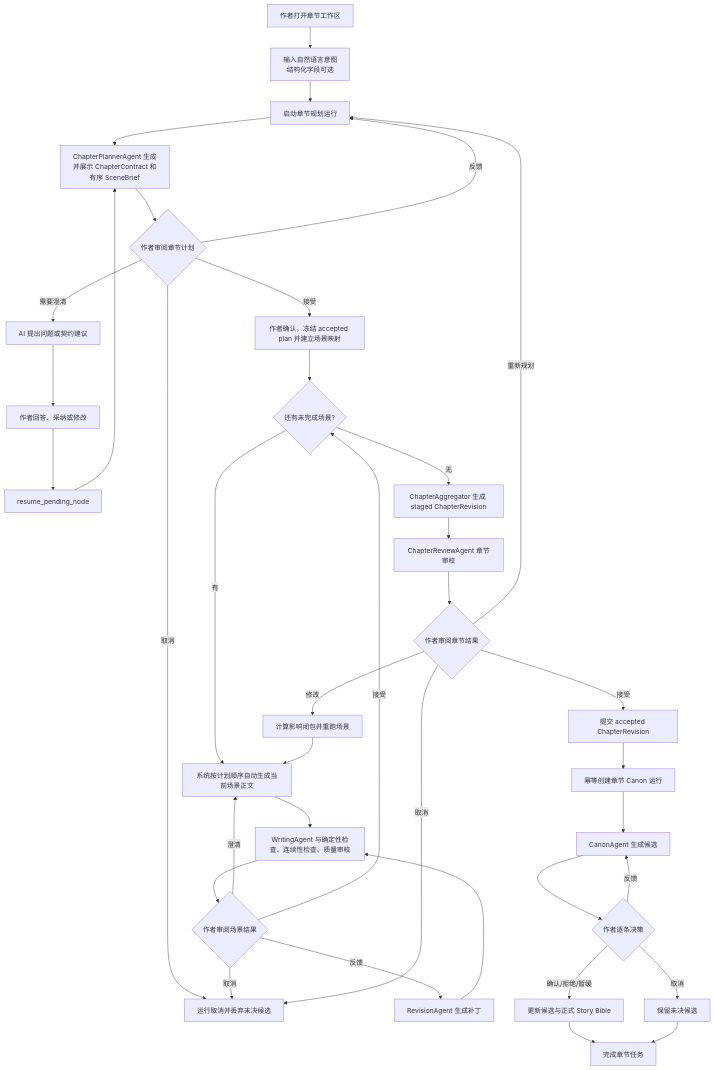
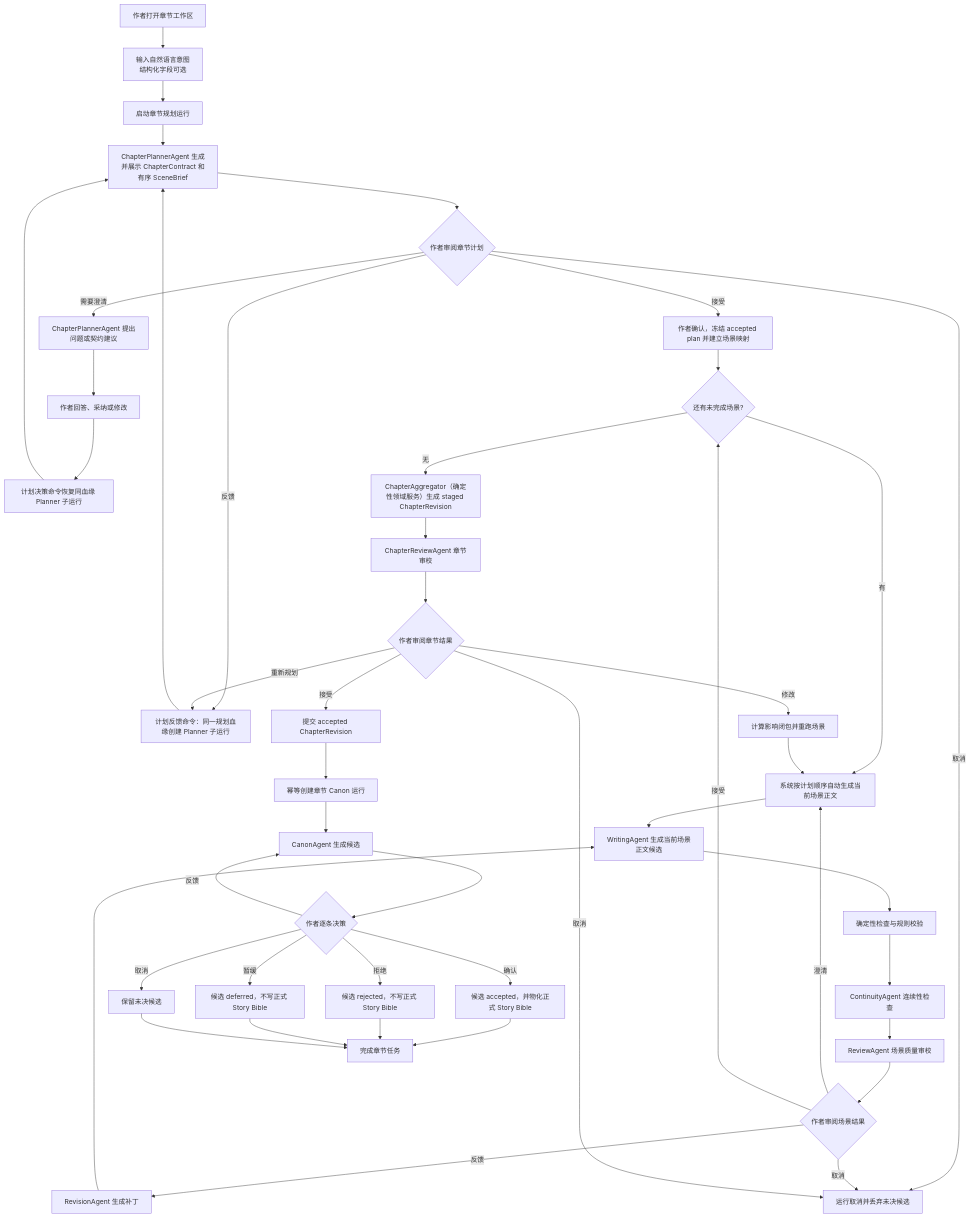
The diagram in docs/superpowers/specs/2026-08-05-chapter-workbench-v2-design.md (Alex-eng-ux/vible-writing-new), drawn with Mermaid before and after one commit. The commit also changed other lines of this file and 103 other files, not shown here.

```diff
--- a/docs/superpowers/specs/2026-08-05-chapter-workbench-v2-design.md
+++ b/docs/superpowers/specs/2026-08-05-chapter-workbench-v2-design.md
@@ -84,42 +145,50 @@
 ~~~mermaid
 flowchart TD
     A[作者打开章节工作区] --> B[输入自然语言意图<br/>结构化字段可选]
     B --> C[启动章节规划运行]
     C --> D[ChapterPlannerAgent 生成并展示 ChapterContract 和有序 SceneBrief]
     D --> E{作者审阅章节计划}
-    E -->|反馈| C
-    E -->|需要澄清| E1[AI 提出问题或契约建议]
+    E -->|反馈| C1[计划反馈命令：同一规划血缘创建 Planner 子运行]
+    C1 --> D
+    E -->|需要澄清| E1[ChapterPlannerAgent 提出问题或契约建议]
     E1 --> E2[作者回答、采纳或修改]
-    E2 --> E3[resume_pending_node]
+    E2 --> E3[计划决策命令恢复同血缘 Planner 子运行]
     E3 --> D
     E -->|取消| X[运行取消并丢弃未决候选]
     E -->|接受| F[作者确认，冻结 accepted plan 并建立场景映射]
 
     F --> G{还有未完成场景?}
     G -->|有| H[系统按计划顺序自动生成当前场景正文]
-    H --> I[WritingAgent 与确定性检查、连续性检查、质量审校]
-    I --> J{作者审阅场景结果}
+    H --> I[WritingAgent 生成当前场景正文候选]
+    I --> I1[确定性检查与规则校验]
+    I1 --> I2[ContinuityAgent 连续性检查]
+    I2 --> I3[ReviewAgent 场景质量审校]
+    I3 --> J{作者审阅场景结果}
     J -->|反馈| K[RevisionAgent 生成补丁]
     K --> I
     J -->|澄清| H
     J -->|取消| X
     J -->|接受| G
 
-    G -->|无| L[ChapterAggregator 生成 staged ChapterRevision]
+    G -->|无| L[ChapterAggregator（确定性领域服务）生成 staged ChapterRevision]
     L --> M[ChapterReviewAgent 章节审校]
     M --> N{作者审阅章节结果}
     N -->|修改| O[计算影响闭包并重跑场景]
     O --> H
-    N -->|重新规划| C
+    N -->|重新规划| C1
     N -->|取消| X
     N -->|接受| P[提交 accepted ChapterRevision]
 
     P --> Q[幂等创建章节 Canon 运行]
     Q --> R[CanonAgent 生成候选]
     R --> S{作者逐条决策}
     S -->|反馈| R
-    S -->|确认/拒绝/暂缓| T[更新候选与正式 Story Bible]
+    S -->|确认| T1[候选 accepted，并物化正式 Story Bible]
+    S -->|拒绝| T2[候选 rejected，不写正式 Story Bible]
+    S -->|暂缓| T3[候选 deferred，不写正式 Story Bible]
     S -->|取消| U[保留未决候选]
-    T --> V[完成章节任务]
+    T1 --> V[完成章节任务]
+    T2 --> V
+    T3 --> V
     U --> V
 ~~~
```
